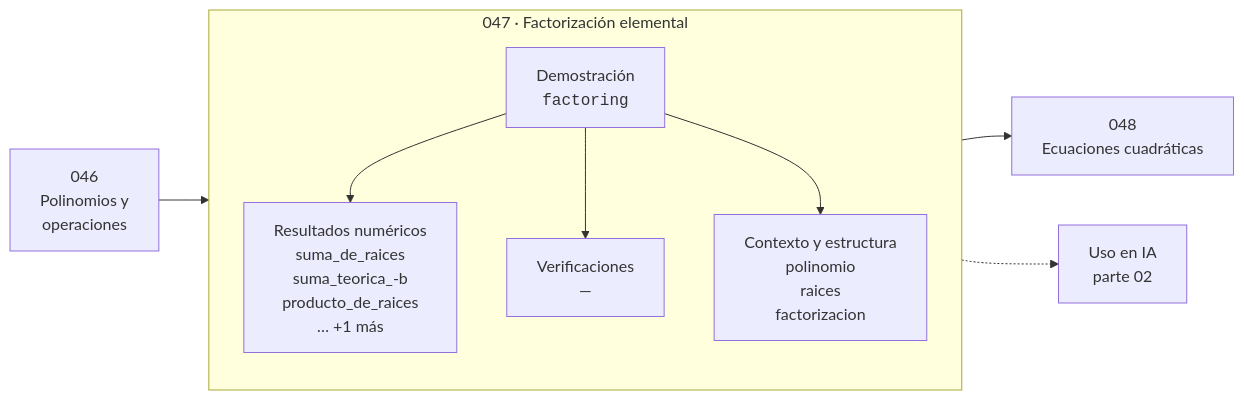
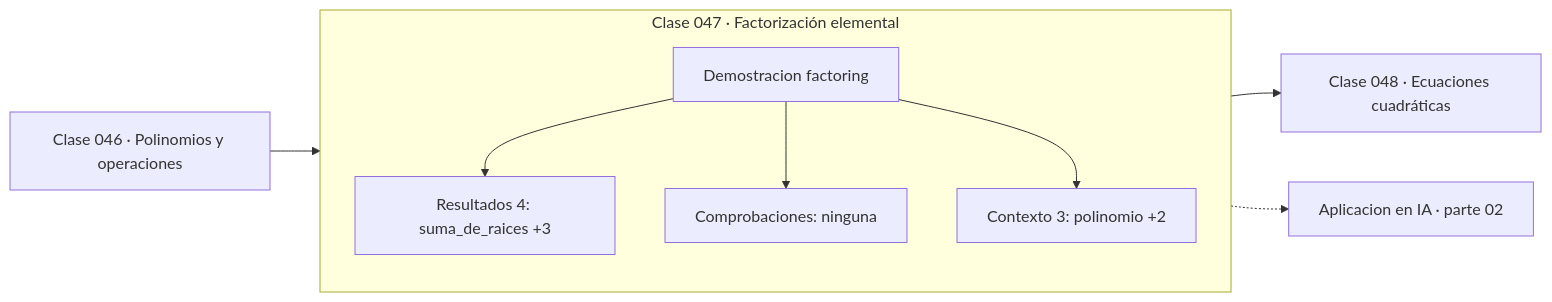
One commit to vladimiracunadev-create/computational-mathematics-program changed the diagram in classes/part-02-algebra-y-funciones/047-factorizacion-elemental/README.md. Above: the diagram before and after it, drawn with Mermaid. The commit also changed 389 other files, not shown here.

First line of the commit message:
fix(diagramas): elimina el HTML de las etiquetas Mermaid

````diff
--- a/classes/part-02-algebra-y-funciones/047-factorizacion-elemental/README.md
+++ b/classes/part-02-algebra-y-funciones/047-factorizacion-elemental/README.md
@@ -35,12 +35,13 @@
 ```mermaid
 flowchart LR
-    P["046<br/>Polinomios y<br/>operaciones"] --> C
-    subgraph C["047 · Factorización elemental"]
+    P["Clase 046 · Polinomios y operaciones"] --> D
+    subgraph CLASE["Clase 047 · Factorización elemental"]
         direction TB
-        D["Demostración<br/><code>factoring</code>"] --> R["Resultados numéricos<br/>suma_de_raices<br/>suma_teorica_-b<br/>producto_de_raices<br/>… +1 más"]
-        D --> V["Verificaciones<br/>—"]
-        D --> O["Contexto y estructura<br/>polinomio<br/>raices<br/>factorizacion"]
+        D["Demostracion factoring"]
+        D --> R["Resultados 4: suma_de_raices +3"]
+        D --> V["Comprobaciones: ninguna"]
+        D --> O["Contexto 3: polinomio +2"]
     end
-    C --> N["048<br/>Ecuaciones cuadráticas"]
-    C -.-> IA["Uso en IA<br/>parte 02"]
+    R --> N["Clase 048 · Ecuaciones cuadráticas"]
+    V -.-> IA["Aplicacion en IA · parte 02"]
 ```
````
